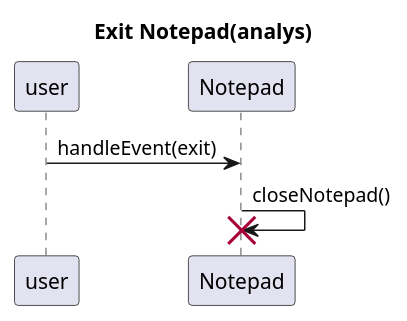
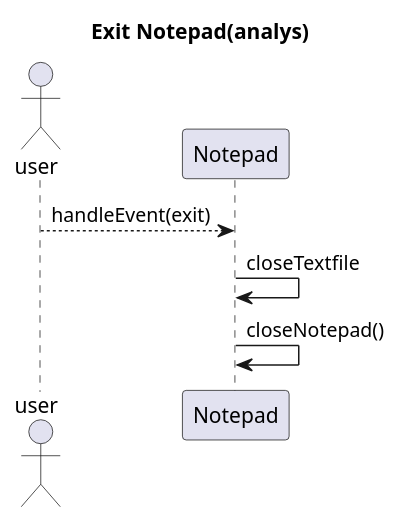
The diagram in laboration1/sekvense-exit-diagram.pu (Oliverpe/ISGC08), drawn with PlantUML before and after one commit. The commit also changed 11 other files, not shown here.

```diff
--- a/laboration1/sekvense-exit-diagram.pu
+++ b/laboration1/sekvense-exit-diagram.pu
@@ -1,12 +1,13 @@
 @startuml
 
 title Exit Notepad(analys)
-participant "user" as u
+actor "user" as u
 participant "Notepad" as n
 
 
-u->n:handleEvent(exit)
+u-->n:handleEvent(exit)
+n->n: closeTextfile
 n->n: closeNotepad()
-destroy n
+
 
 @enduml
```
